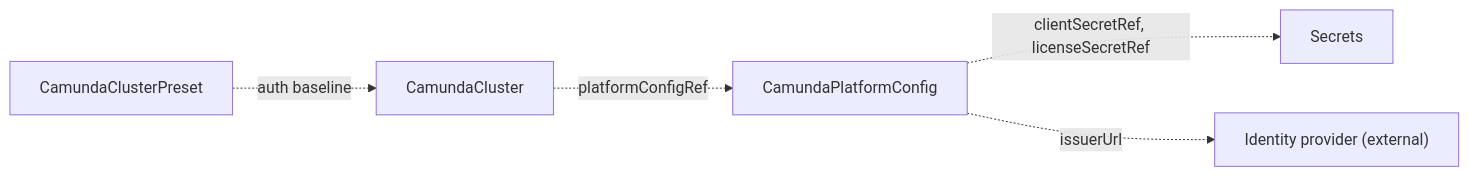
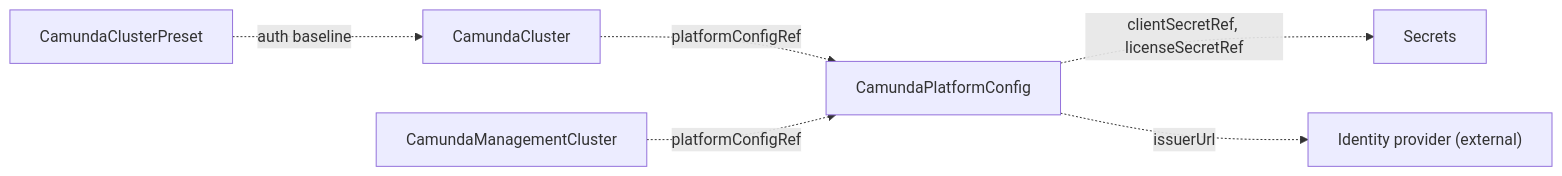
The diagram in docs/crds/camundaplatformconfig.md (konsole-is/camunda-operator), drawn with Mermaid before and after one commit. The commit also changed other lines of this file and 10 other files, not shown here.

````diff
--- a/docs/crds/camundaplatformconfig.md
+++ b/docs/crds/camundaplatformconfig.md
@@ -23,7 +23,8 @@
 ```mermaid
 graph LR
     CC[CamundaCluster] -.->|platformConfigRef| PFC[CamundaPlatformConfig]
+    MC[CamundaManagementCluster] -.->|platformConfigRef| PFC
     CCP[CamundaClusterPreset] -.->|auth baseline| CC
     PFC -.->|clientSecretRef, licenseSecretRef| SEC["Secrets"]
     PFC -.->|issuerUrl| IDP["Identity provider (external)"]
 ```
````
